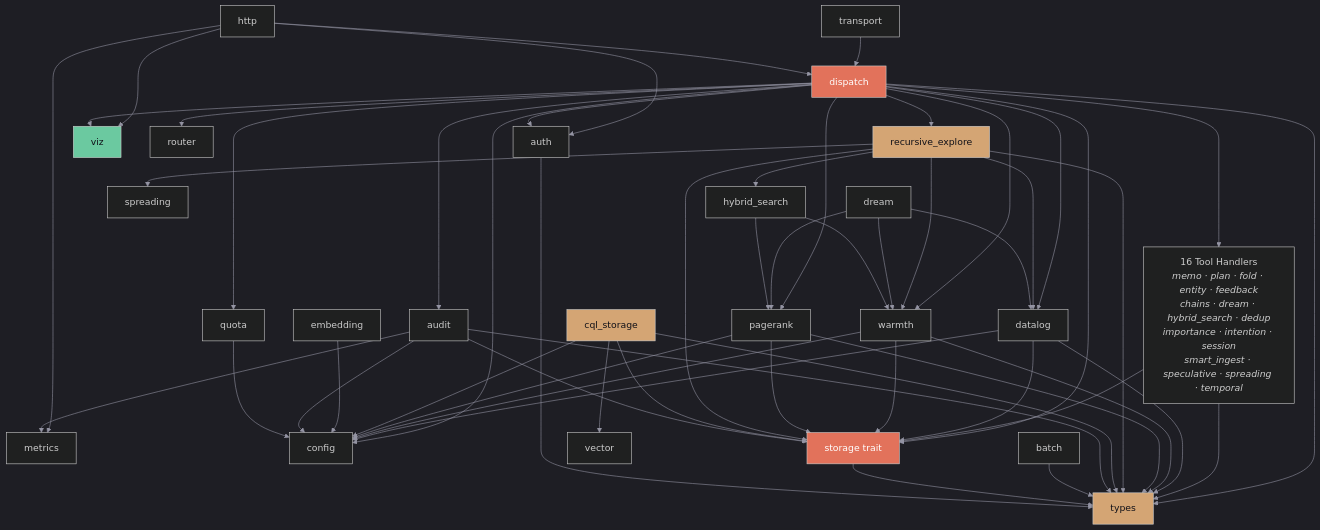
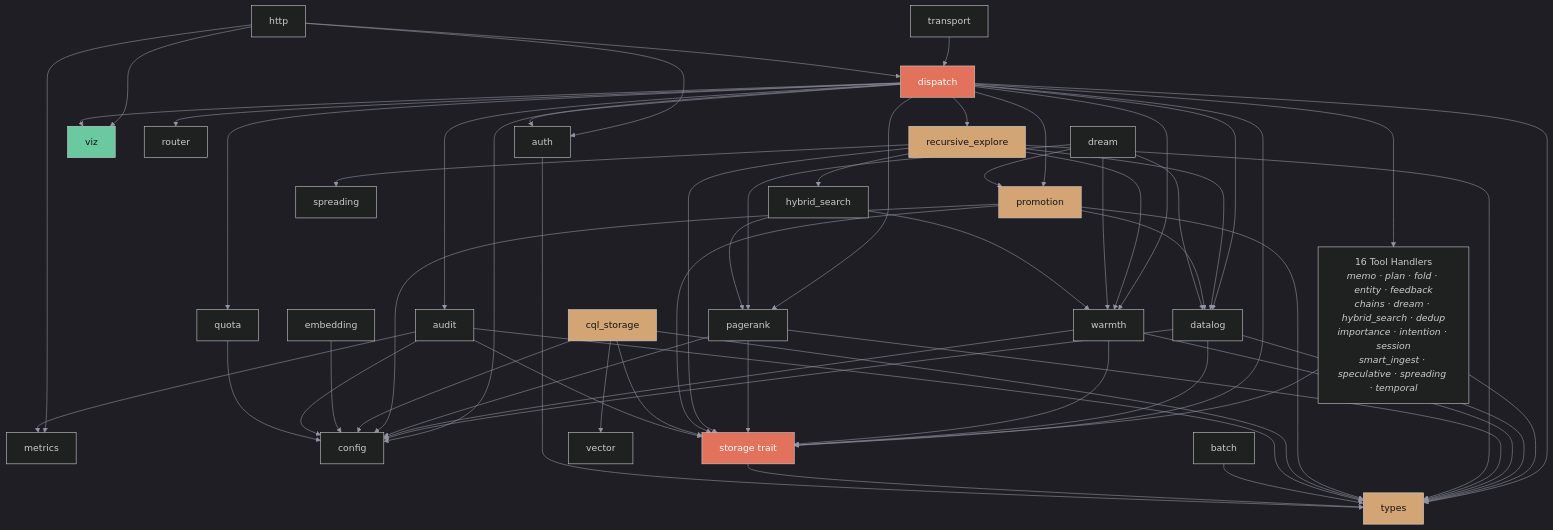
The diagram in specs/dsm-analysis.md (ferrosadb/ferrosa-memory), drawn with Mermaid before and after one commit. The commit also changed other lines of this file and 4 other files, not shown here.

````diff
--- a/specs/dsm-analysis.md
+++ b/specs/dsm-analysis.md
@@ -152,6 +154,7 @@
     M2 --> M36[warmth]
     M2 --> M37[pagerank]
     M2 --> M38[recursive_explore]
+    M2 --> M39[promotion]
 
     %% 16 tool handlers collapsed — each depends on storage + types
     TH["16 Tool Handlers<br/><i>memo · plan · fold · entity · feedback<br/>chains · dream · hybrid_search · dedup<br/>importance · intention · session<br/>smart_ingest · speculative · spreading · temporal</i>"]
@@ -175,10 +178,17 @@
     M38 --> M21[hybrid_search]
     M38 --> M27[spreading]
 
-    %% dream depends on new inference modules
+    %% Promotion pipeline
+    M39 --> M29
+    M39 --> M32
+    M39 --> M18
+    M39 --> M35
+
+    %% dream depends on new inference modules + promotion
     M20[dream] --> M35
     M20 --> M36
     M20 --> M37
+    M20 --> M39
 
     %% hybrid_search depends on warmth + pagerank signals
     M21 --> M36
@@ -207,6 +217,8 @@
     style M10 fill:#d4a574,color:#111118
     %% High fan-out orchestration (amber)
     style M38 fill:#d4a574,color:#111118
+    %% Promotion pipeline (copper)
+    style M39 fill:#d4a574,color:#111118
     %% Low complexity (verdigris)
     style M34 fill:#6bc9a0,color:#111118
 ```
````
